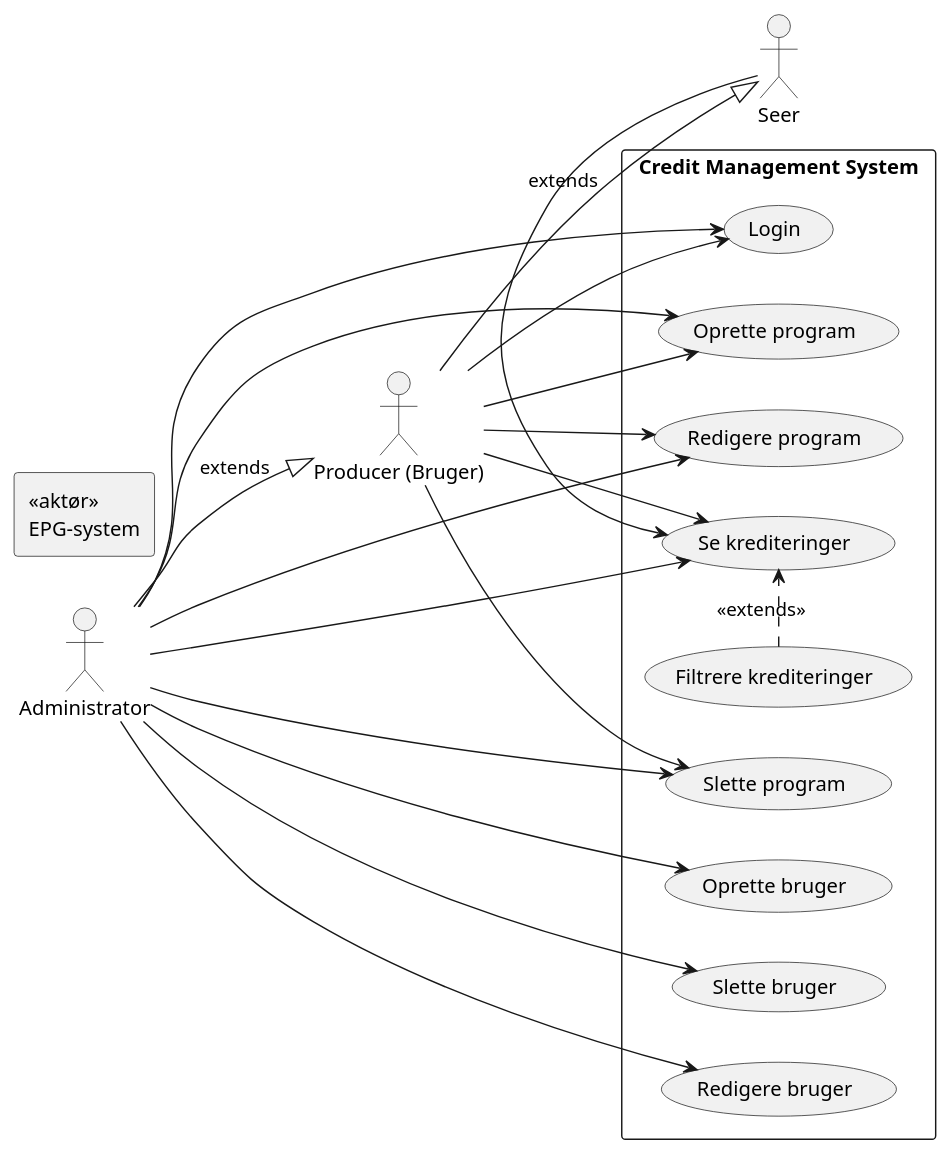
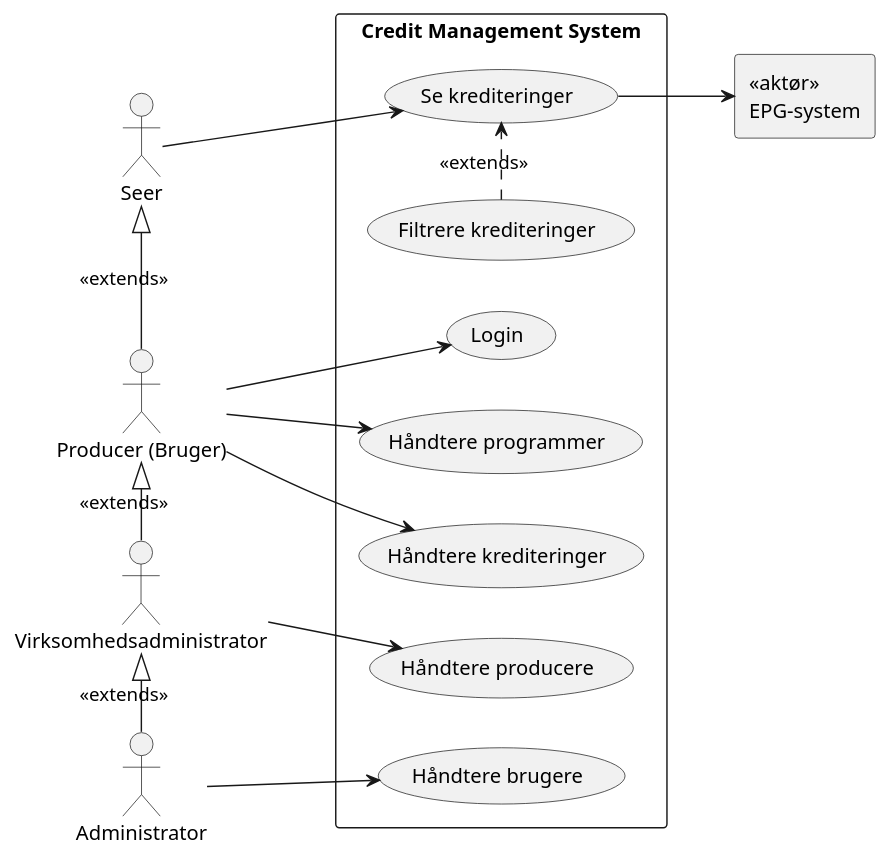
The diagram in uml/use_case/UseCase.puml (amatzen/SE02-SE-G02-SPRO), drawn with PlantUML before and after one commit.

Commit message:
Corrected use case diagram

```diff
--- a/uml/use_case/UseCase.puml
+++ b/uml/use_case/UseCase.puml
@@ -1,45 +1,41 @@
 @startuml
 'https://plantuml.com/use-case-diagram
 left to right direction
 
 actor "Producer (Bruger)" as producer
 actor Administrator as administrator
 actor Seer as seer
+actor Virksomhedsadministrator as virksomhedsadministrator
 rectangle "<<aktør>>\nEPG-system" as epg
 
 rectangle "Credit Management System" {
-    usecase (Slette program)
     usecase (Login)
-    usecase (Oprette program)
-    usecase (Redigere program)
-    usecase (Oprette bruger)
-    usecase (Slette bruger)
-    usecase (Redigere bruger)
-    usecase (Se krediteringer)
-    usecase (Filtrere krediteringer)
+    usecase "Håndtere producere" as (Håndtere producere)
+    usecase "Håndtere programmer" as (Håndtere programmer)
+    usecase "Håndtere brugere" as (Håndtere brugere)
+    usecase "Håndtere krediteringer" as (Håndtere krediteringer)
+    usecase "Se krediteringer" as (Se krediteringer)
+    usecase "Filtrere krediteringer" as (Filtrere krediteringer)
     (Filtrere krediteringer) .> (Se krediteringer) : <<extends>>
 }
 
+producer --> (Håndtere programmer)
+producer --> (Håndtere krediteringer)
 producer --> (Login)
-producer --> (Slette program)
 
-administrator --> (Login)
-administrator --> (Slette program)
-administrator --> (Oprette program)
-administrator --> (Redigere program)
+administrator --> (Håndtere brugere)
 
-producer --> (Oprette program)
-producer --> (Redigere program)
-producer --> (Se krediteringer)
-
-administrator --> (Oprette bruger)
-administrator --> (Slette bruger)
-administrator --> (Redigere bruger)
-administrator --> (Se krediteringer)
+virksomhedsadministrator --> (Håndtere producere)
 
 seer --> (Se krediteringer)
 
-administrator --|> producer : extends
-producer --|> seer : extends
+(Se krediteringer) --> epg
+
+
+administrator -l-|> virksomhedsadministrator : "<<extends>>"
+virksomhedsadministrator -l-|> producer : "<<extends>>"
+producer -l-|> seer : "<<extends>>"
+
+
 
 @enduml
```
